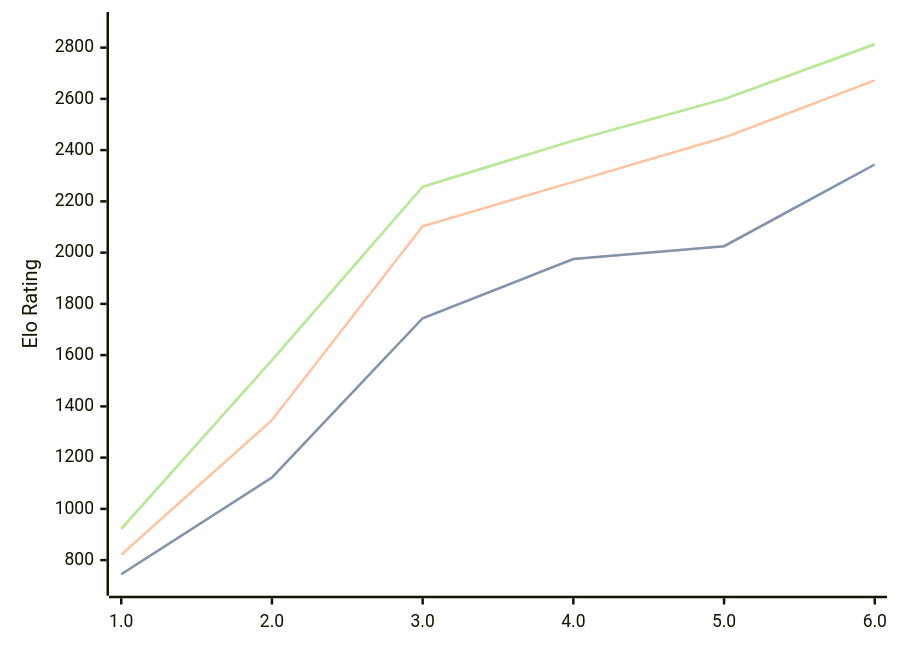
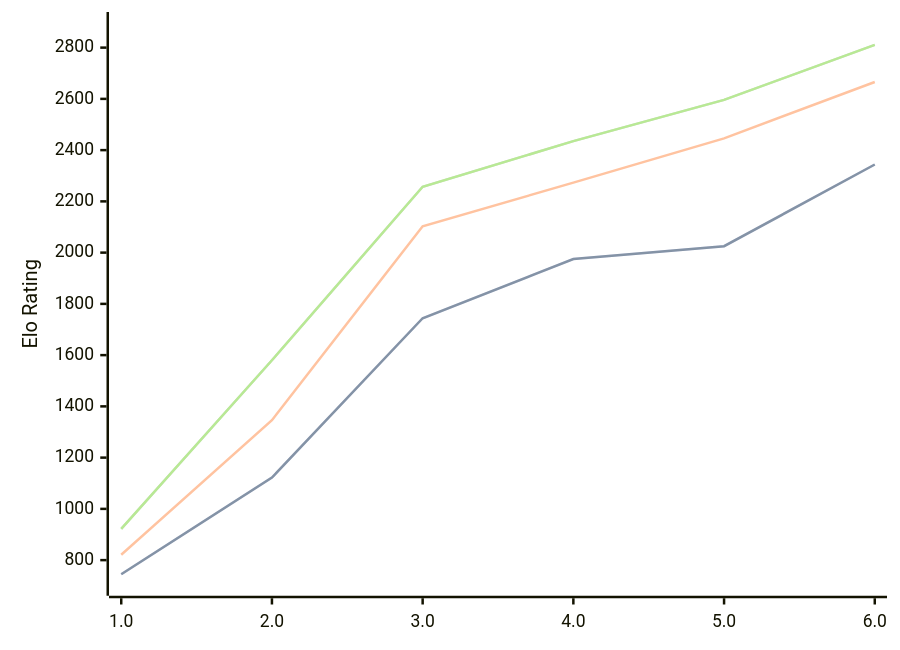
One commit to computer-chess-index/cci changed the diagram in engines/Pea.md. Above: the diagram before and after it, drawn with Mermaid. The commit also changed other lines of this file, not shown here.

Commit message:
Update CCI Ratings (ELO VLTC) - 2026-04-23

````diff
--- a/engines/Pea.md
+++ b/engines/Pea.md
@@ -36,11 +36,11 @@
 ```mermaid
 %%{init: {"theme":"base","themeVariables":{"seriesColors:['#a3a3a3','#222221','#faa371']}}}%%
 xychart-beta
   x-axis ["1.0", "2.0", "3.0", "4.0", "5.0", "6.0"]
   y-axis "Elo Rating" 700 --> 2900
   line "STC (8.0+0.08s)" [745, 1122, 1744, 1975, 2025, 2344]
   line "STC (8.0+0.08s)" [745, 1122, 1744, 1975, 2025, 2344]
-  line "LTC (60.0+0.60s)" [821, 1346, 2103, 2276, 2449, 2672]
-  line "VLTC (2m24s+1.12s)" [922, 1580, 2257, 2437, 2599, 2813]
-  line "VLTC (2m24s+1.12s)" [922, 1580, 2257, 2437, 2599, 2813]
+  line "LTC (60.0+0.60s)" [821, 1346, 2103, 2273, 2446, 2666]
+  line "VLTC (2m24s+1.12s)" [922, 1580, 2257, 2435, 2596, 2811]
+  line "VLTC (2m24s+1.12s)" [922, 1580, 2257, 2435, 2596, 2811]
 ```
````
